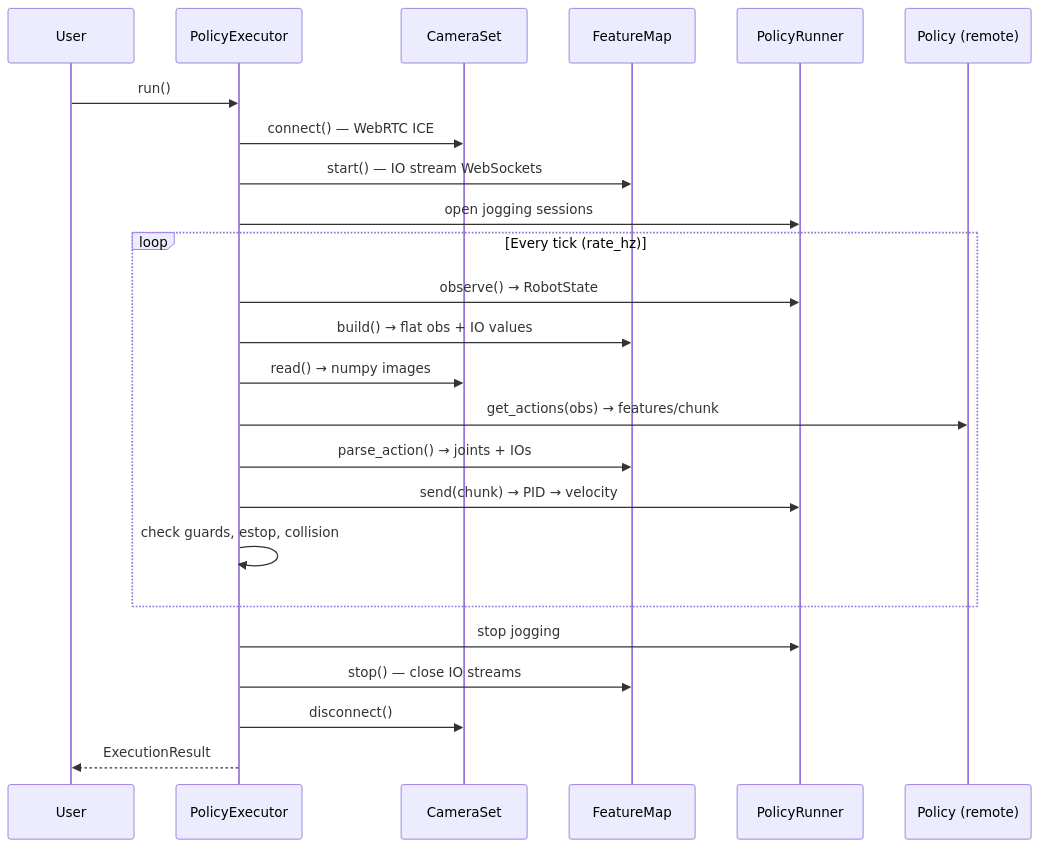
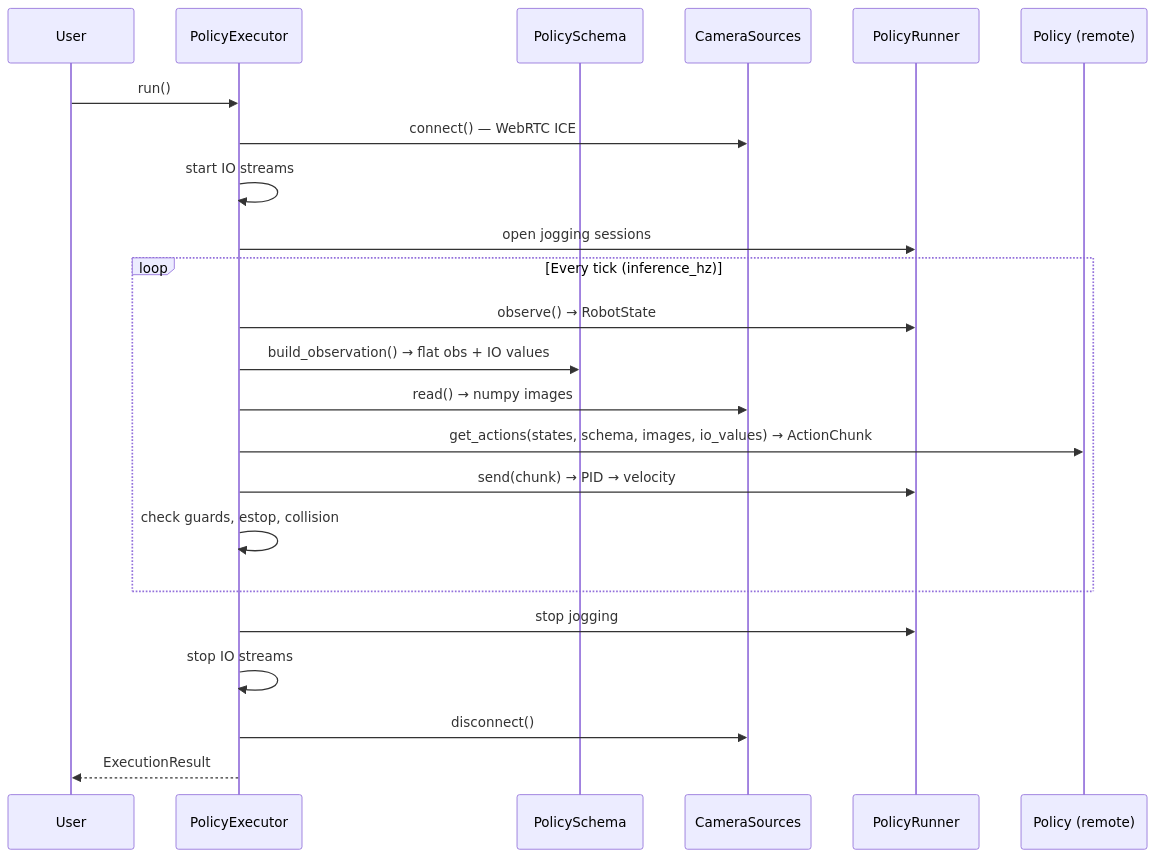
The first of 2 diagrams in policy/DESIGN.md (wandelbotsgmbh/wandelbots-nova), drawn with Mermaid before and after one commit. The commit also changed other lines of this file and 30 other files, not shown here.

````diff
--- a/policy/DESIGN.md
+++ b/policy/DESIGN.md
@@ -69,29 +67,28 @@
 ```mermaid
 sequenceDiagram
     participant User
     participant Exec as PolicyExecutor
-    participant Cam as CameraSet
-    participant FM as FeatureMap
+    participant Schema as PolicySchema
+    participant Cam as CameraSources
     participant Runner as PolicyRunner
     participant Policy as Policy (remote)
 
     User->>Exec: run()
     Exec->>Cam: connect() — WebRTC ICE
-    Exec->>FM: start() — IO stream WebSockets
+    Exec->>Exec: start IO streams
     Exec->>Runner: open jogging sessions
 
-    loop Every tick (rate_hz)
+    loop Every tick (inference_hz)
         Exec->>Runner: observe() → RobotState
-        Exec->>FM: build() → flat obs + IO values
+        Exec->>Schema: build_observation() → flat obs + IO values
         Exec->>Cam: read() → numpy images
-        Exec->>Policy: get_actions(obs) → features/chunk
-        Exec->>FM: parse_action() → joints + IOs
+        Exec->>Policy: get_actions(states, schema, images, io_values) → ActionChunk
         Exec->>Runner: send(chunk) → PID → velocity
         Exec->>Exec: check guards, estop, collision
     end
 
     Exec->>Runner: stop jogging
-    Exec->>FM: stop() — close IO streams
+    Exec->>Exec: stop IO streams
     Exec->>Cam: disconnect()
     Exec-->>User: ExecutionResult
 ```
````
